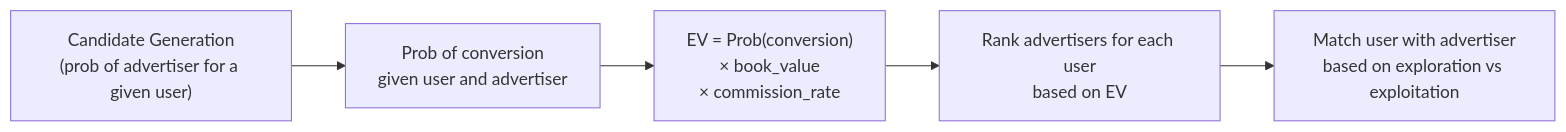
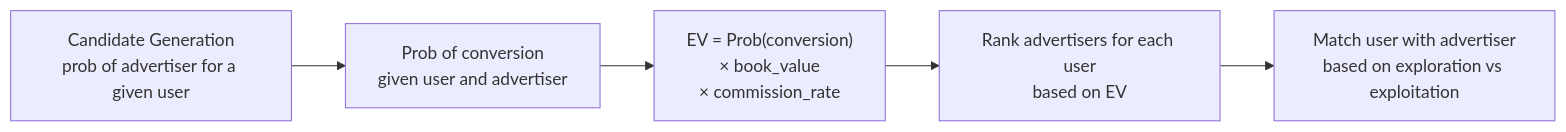
The diagram in README.md (drfaizyahsan/expected-value-router-adtech), drawn with Mermaid before and after one commit.

Commit message:
readme added

````diff
--- a/README.md
+++ b/README.md
@@ -6,7 +6,7 @@
 ```mermaid
 flowchart LR
-    A["Candidate Generation<br/>(prob of advertiser for a given user)"] --> B[Prob of conversion<br/>given user and advertiser]
+    A[Candidate Generation<br/>prob of advertiser for a given user] --> B[Prob of conversion<br/>given user and advertiser]
     B --> C["EV = Prob(conversion)<br/>× book_value<br/>× commission_rate"]
     C --> D[Rank advertisers for each user<br/>based on EV]
     D --> E[Match user with advertiser<br/>based on exploration vs exploitation]
 ```
````
